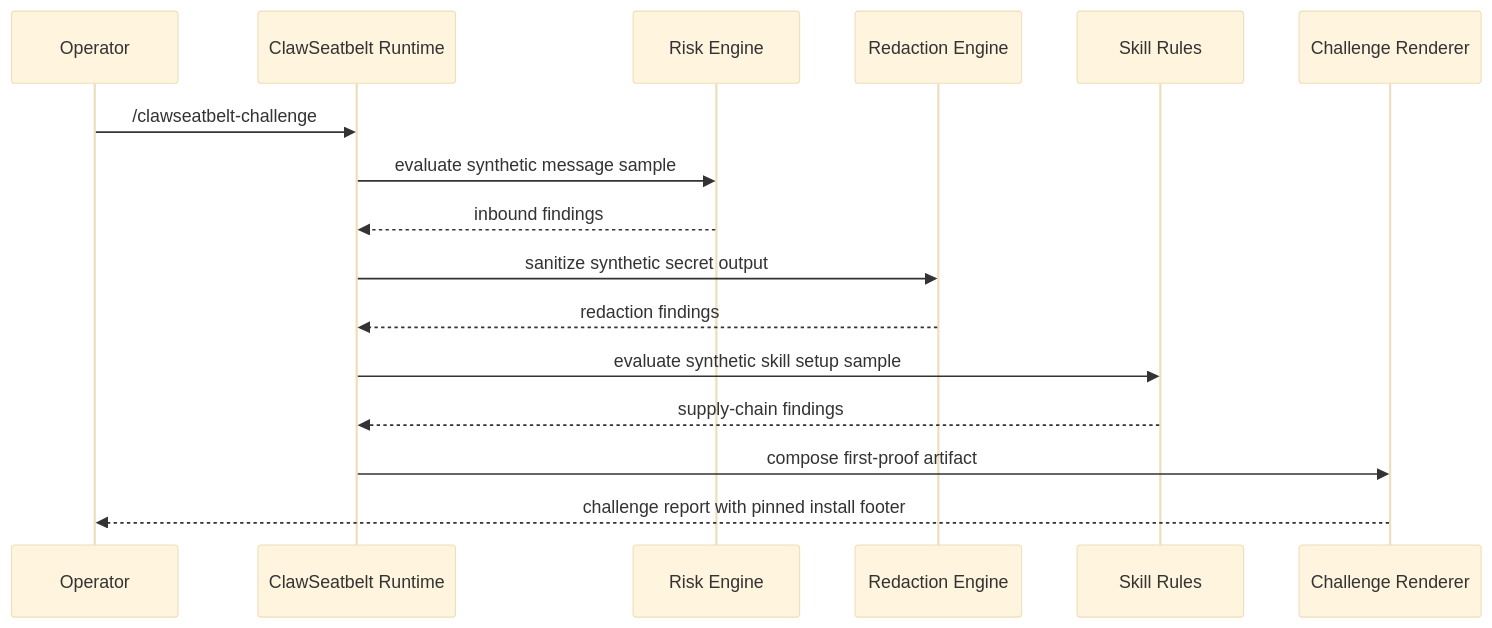
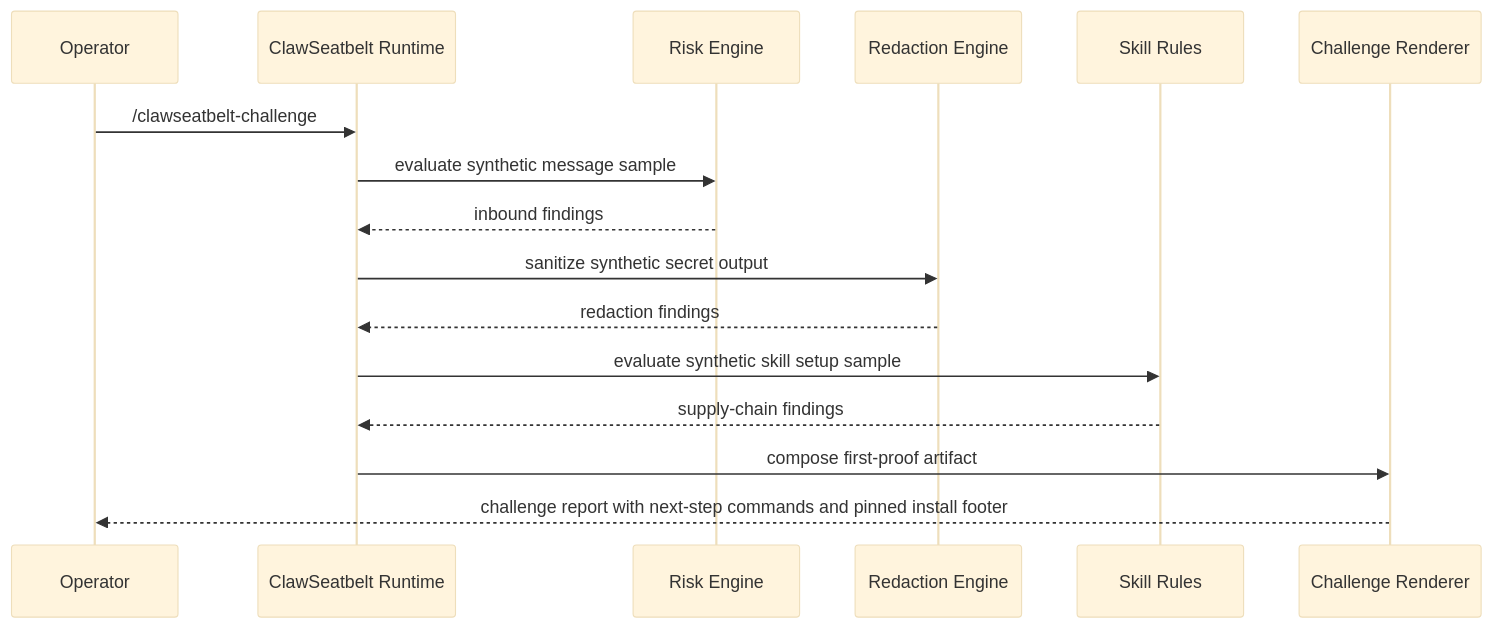
The second of 3 diagrams in docs/architecture/trust-challenge.md (cschanhniem/clawshield), drawn with Mermaid (base theme) before and after one commit. The commit also changed other lines of this file and 40 other files, not shown here.

````diff
--- a/docs/architecture/trust-challenge.md
+++ b/docs/architecture/trust-challenge.md
@@ -25,19 +25,19 @@
 ```mermaid
 sequenceDiagram
   participant Operator
   participant Runtime as ClawSeatbelt Runtime
   participant Risk as Risk Engine
   participant Redaction as Redaction Engine
   participant Skill as Skill Rules
   participant Report as Challenge Renderer
 
   Operator->>Runtime: /clawseatbelt-challenge
   Runtime->>Risk: evaluate synthetic message sample
   Risk-->>Runtime: inbound findings
   Runtime->>Redaction: sanitize synthetic secret output
   Redaction-->>Runtime: redaction findings
   Runtime->>Skill: evaluate synthetic skill setup sample
   Skill-->>Runtime: supply-chain findings
   Runtime->>Report: compose first-proof artifact
-  Report-->>Operator: challenge report with pinned install footer
+  Report-->>Operator: challenge report with next-step commands and pinned install footer
 ```
````
